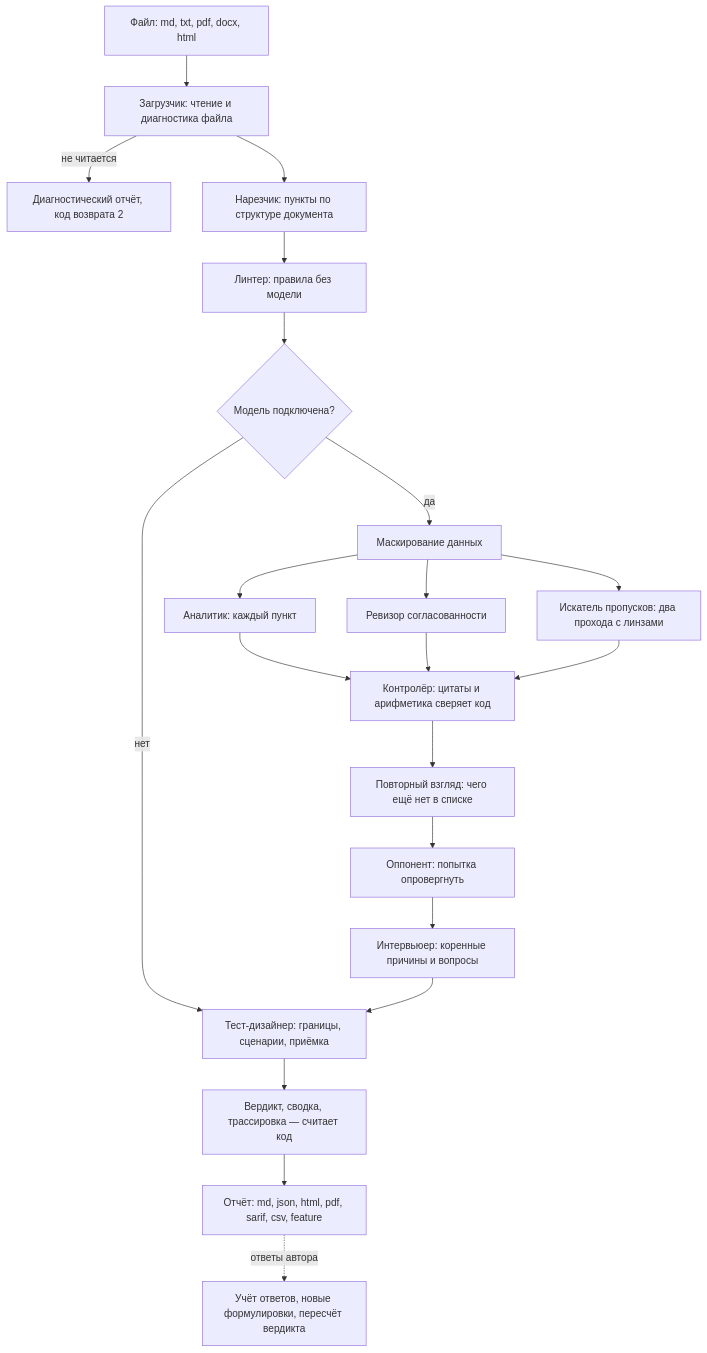
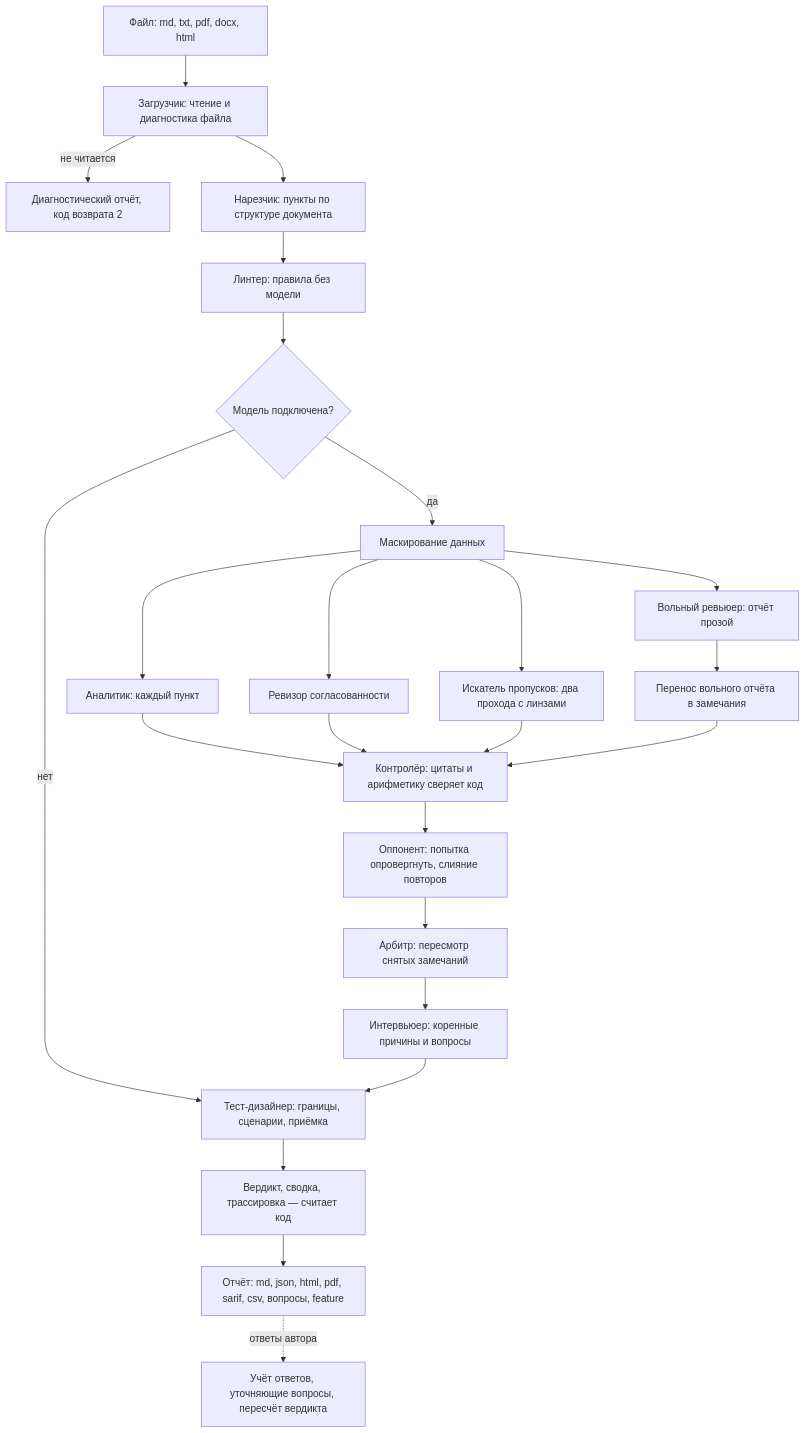
Before and after one commit to user1618phi/dalel: the diagram in docs/ARCHITECTURE.md, drawn with Mermaid. The commit also changed other lines of this file and 3 other files, not shown here.

````diff
--- a/docs/ARCHITECTURE.md
+++ b/docs/ARCHITECTURE.md
@@ -7,23 +7,26 @@
 ```mermaid
 flowchart TD
     A[Файл: md, txt, pdf, docx, html] --> B[Загрузчик: чтение и диагностика файла]
     B -->|не читается| R0[Диагностический отчёт, код возврата 2]
     B --> C[Нарезчик: пункты по структуре документа]
     C --> D[Линтер: правила без модели]
     D --> E{Модель подключена?}
     E -->|нет| T
     E -->|да| M[Маскирование данных]
     M --> F1[Аналитик: каждый пункт]
     M --> F2[Ревизор согласованности]
     M --> F3[Искатель пропусков: два прохода с линзами]
-    F1 --> G[Контролёр: цитаты и арифметика сверяет код]
+    M --> F4[Вольный ревьюер: отчёт прозой]
+    F1 --> G[Контролёр: цитаты и арифметику сверяет код]
     F2 --> G
     F3 --> G
-    G --> S[Повторный взгляд: чего ещё нет в списке]
-    S --> H[Оппонент: попытка опровергнуть]
-    H --> I[Интервьюер: коренные причины и вопросы]
+    F4 --> S[Перенос вольного отчёта в замечания]
+    S --> G
+    G --> H[Оппонент: попытка опровергнуть, слияние повторов]
+    H --> AR[Арбитр: пересмотр снятых замечаний]
+    AR --> I[Интервьюер: коренные причины и вопросы]
     I --> T[Тест-дизайнер: границы, сценарии, приёмка]
     T --> J[Вердикт, сводка, трассировка — считает код]
-    J --> K[Отчёт: md, json, html, pdf, sarif, csv, feature]
-    K -.ответы автора.-> L[Учёт ответов, новые формулировки, пересчёт вердикта]
+    J --> K[Отчёт: md, json, html, pdf, sarif, csv, вопросы, feature]
+    K -.ответы автора.-> L[Учёт ответов, уточняющие вопросы, пересчёт вердикта]
 ```
````
